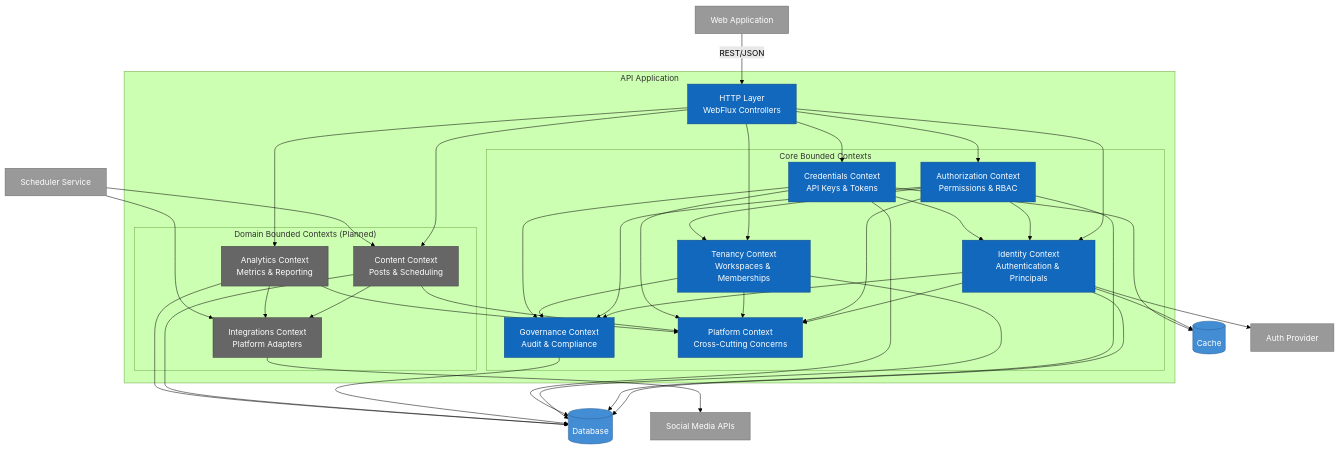
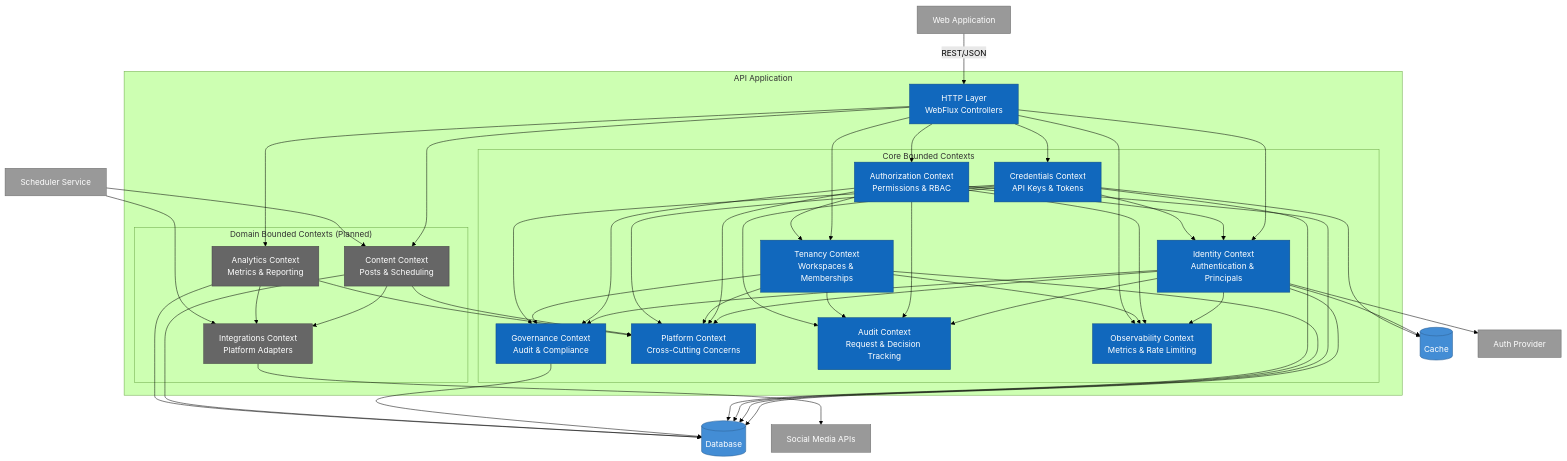
One commit to dallay/profiletailors.com changed the second of 2 diagrams in docs/architecture/c4/03-component.md. Above: the diagram before and after it, drawn with Mermaid (forest theme). The commit also changed other lines of this file and 75 other files, not shown here.

```diff
--- a/docs/architecture/c4/03-component.md
+++ b/docs/architecture/c4/03-component.md
@@ -121,6 +135,8 @@
             CREDS[Credentials Context<br/>API Keys & Tokens]
             GOV[Governance Context<br/>Audit & Compliance]
             PLATFORM[Platform Context<br/>Cross-Cutting Concerns]
+            AUDIT[Audit Context<br/>Request & Decision Tracking]
+            OBS[Observability Context<br/>Metrics & Rate Limiting]
         end
         
         subgraph "Domain Bounded Contexts (Planned)"
@@ -151,6 +167,16 @@
     TENANCY --> GOV
     CREDS --> GOV
     
+    IDENTITY --> AUDIT
+    AUTHZ --> AUDIT
+    TENANCY --> AUDIT
+    CREDS --> AUDIT
+    
+    IDENTITY --> OBS
+    AUTHZ --> OBS
+    TENANCY --> OBS
+    HTTP --> OBS
+    
     AUTHZ --> TENANCY
     AUTHZ --> IDENTITY
     CREDS --> IDENTITY
@@ -180,7 +206,7 @@
     classDef infrastructure fill:#438DD5,stroke:#2E6295,color:#fff
     classDef external fill:#999999,stroke:#6B6B6B,color:#fff
 
-    class HTTP,IDENTITY,AUTHZ,TENANCY,CREDS,GOV,PLATFORM implemented
+    class HTTP,IDENTITY,AUTHZ,TENANCY,CREDS,GOV,PLATFORM,AUDIT,OBS implemented
     class CONTENT,ANALYTICS_CTX,INTEGRATIONS planned
     class DB,CACHE infrastructure
     class SPA,SCHED,SOCIAL,AUTH external
```
